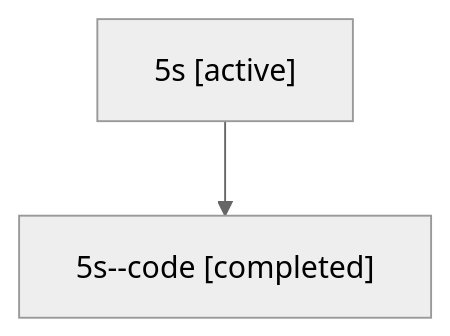
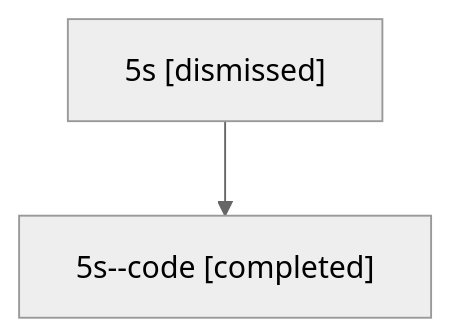
One commit to sase-org/sase--agents changed the diagram in sessions/bbugyi200.athena.5s.md. Above: the diagram before and after it, drawn with Mermaid (neutral theme). The commit also changed other lines of this file and 35 other files, not shown here.

````diff
--- a/sessions/bbugyi200.athena.5s.md
+++ b/sessions/bbugyi200.athena.5s.md
@@ -9,6 +9,6 @@
 ```mermaid
 flowchart TD
-  n0["5s [active]"]
+  n0["5s [dismissed]"]
   n1["5s--code [completed]"]
   n0 --> n1
 ```
````
